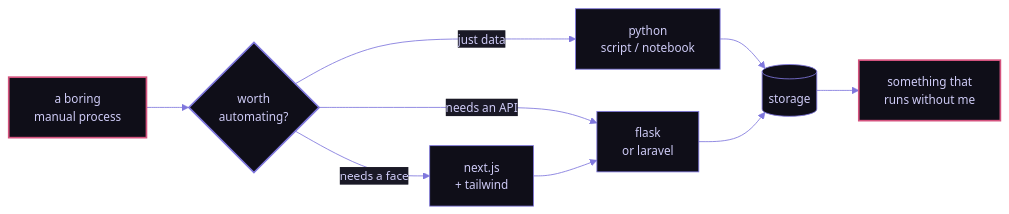
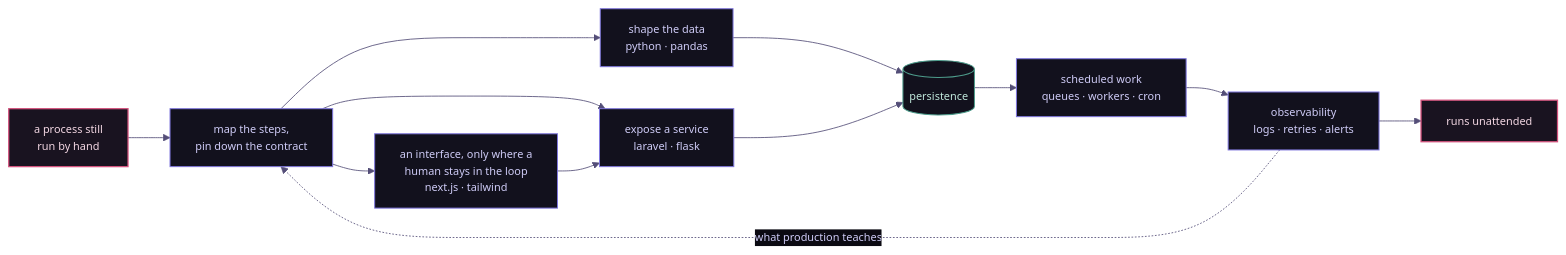
Before and after one commit to EsmeAbha/esmeabha: the diagram in README.md, drawn with Mermaid.

Commit message:
Rework the build diagram into a delivery pipeline
The old diagram was a tooling decision tree - "worth automating?" branching
on "just data" / "needs an API" / "needs a face". It answered which framework
to reach for, which is the least interesting thing about the work, and "a
boring manual process" / "needs a face" read as throwaway.

This shows the pipeline instead: map the process and pin its contract, build,
persist, schedule, observe - and a dotted edge carrying what production
teaches back into the contract, because that loop is the actual job. Adds the
parts that were missing entirely: queues, workers, cron, logs, retries,
alerts.

Verified by extracting the block from this file and rendering it with mermaid
locally: reads left to right with no crossing edges. Edge chaining is written
out one edge per line rather than with `&` so it does not depend on GitHub's
mermaid version.

````diff
--- a/README.md
+++ b/README.md
@@ -58,19 +58,36 @@
 ```mermaid
 %%{init: {'theme':'base','themeVariables':{
-  'primaryColor':'#0f0e18','primaryTextColor':'#CECBF6','primaryBorderColor':'#7F77DD',
-  'lineColor':'#7F77DD','secondaryColor':'#1a1926','tertiaryColor':'#0f0e18',
-  'fontFamily':'ui-monospace, SFMono-Regular, Menlo, monospace','fontSize':'14px'}}}%%
+  'primaryColor':'#12111d','primaryTextColor':'#CECBF6','primaryBorderColor':'#3a3552',
+  'lineColor':'#544e78','secondaryColor':'#1a1926','tertiaryColor':'#0f0e18',
+  'edgeLabelBackground':'#0b0a12',
+  'fontFamily':'ui-monospace, SFMono-Regular, Menlo, monospace','fontSize':'13px'}}}%%
 flowchart LR
-    A["a boring<br/>manual process"] --> B{worth<br/>automating?}
-    B -->|"just data"| C["python<br/>script / notebook"]
-    B -->|"needs an API"| D["flask<br/>or laravel"]
-    B -->|"needs a face"| E["next.js<br/>+ tailwind"]
-    C --> F[("storage")]
+    A["a process still<br/>run by hand"]
+    B["map the steps,<br/>pin down the contract"]
+    C["shape the data<br/>python · pandas"]
+    D["expose a service<br/>laravel · flask"]
+    E["an interface, only where a<br/>human stays in the loop<br/>next.js · tailwind"]
+    F[("persistence")]
+    G["scheduled work<br/>queues · workers · cron"]
+    H["observability<br/>logs · retries · alerts"]
+    I["runs unattended"]
+
+    A --> B
+    B --> C
+    B --> D
+    B --> E
+    C --> F
     D --> F
     E --> D
-    F --> G["something that<br/>runs without me"]
+    F --> G
+    G --> H
+    H --> I
+    H -. "what production teaches" .-> B
 
-    style A stroke:#D4537E,stroke-width:2px
-    style G stroke:#D4537E,stroke-width:2px
-    style B stroke:#7F77DD,stroke-width:2px
+    classDef ends fill:#191320,stroke:#D4537E,stroke-width:1.5px,color:#F2D6E2
+    classDef step fill:#12111d,stroke:#7F77DD,stroke-width:1.2px
+    classDef store fill:#12111d,stroke:#4d9c8b,stroke-width:1.2px,color:#BFE6DA
+    class A,I ends
+    class B,C,D,E,G,H step
+    class F store
 ```
````
